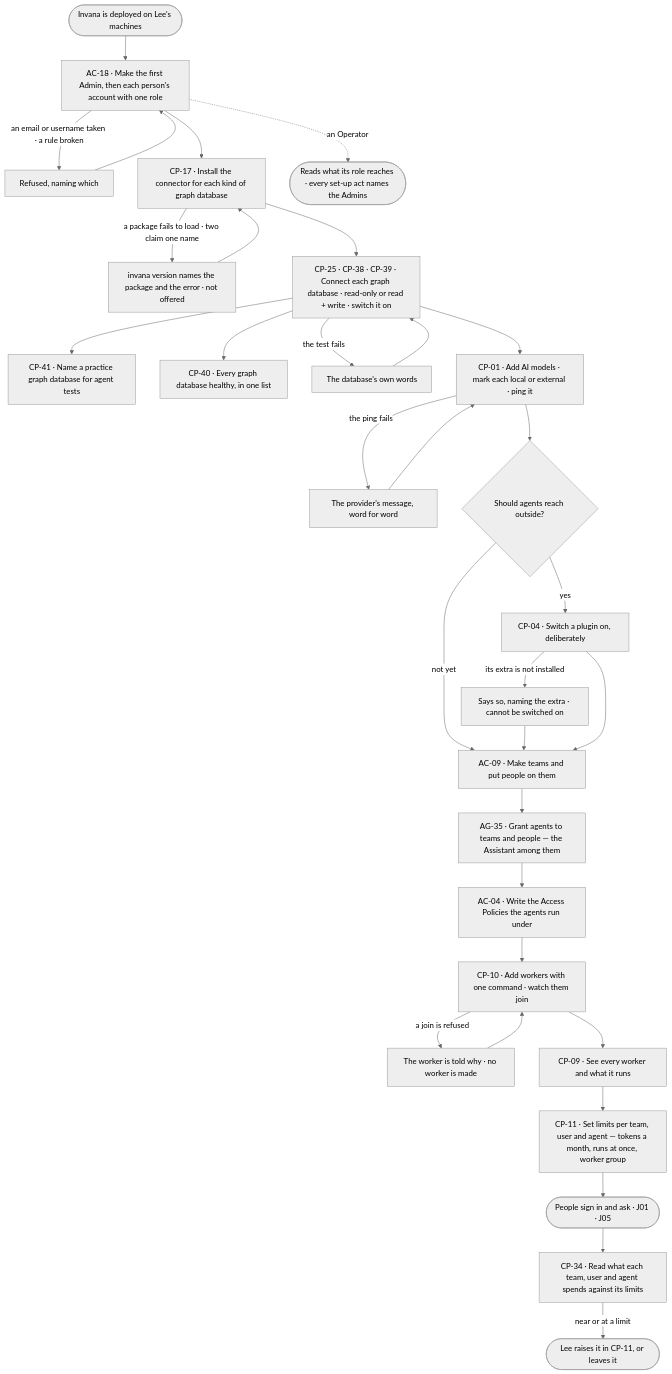
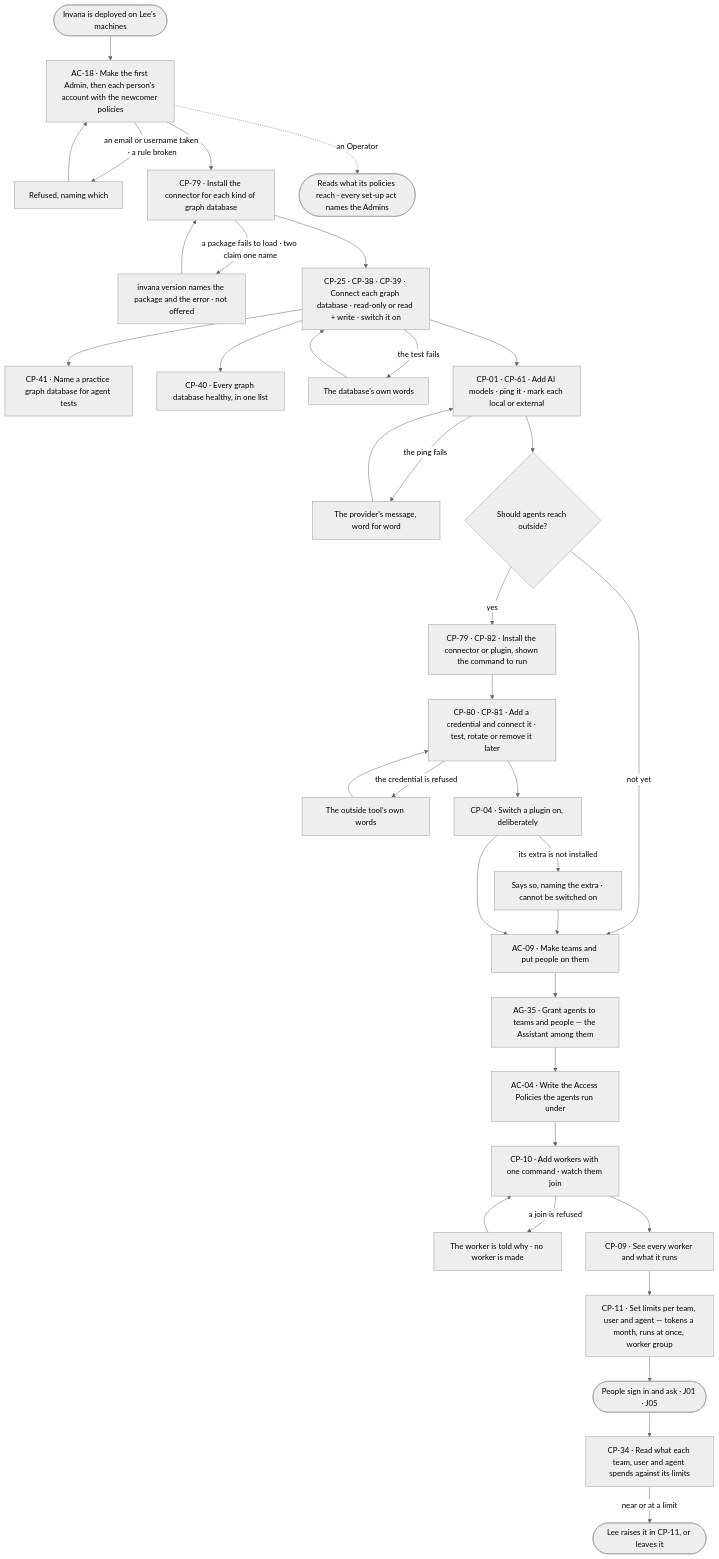
One commit to invana/invana changed the diagram in specs/journeys/J07-ready-a-deployment.md. Above: the diagram before and after it, drawn with Mermaid (neutral theme). The commit also changed other lines of this file and 456 other files, not shown here.

````diff
--- a/specs/journeys/J07-ready-a-deployment.md
+++ b/specs/journeys/J07-ready-a-deployment.md
@@ -17,28 +17,31 @@
 ```mermaid
 flowchart TD
-  A([Invana is deployed on Lee's machines]) --> B["AC-18 · Make the first Admin, then each person's account with one role"]
+  A([Invana is deployed on Lee's machines]) --> B["AC-18 · Make the first Admin, then each person's account with the newcomer policies"]
   B -->|an email or username taken · a rule broken| B1["Refused, naming which"] --> B
-  B --> C["CP-17 · Install the connector for each kind of graph database"]
+  B --> C["CP-79 · Install the connector for each kind of graph database"]
   C -->|a package fails to load · two claim one name| C1["invana version names the package and the error · not offered"] --> C
   C --> D["CP-25 · CP-38 · CP-39 · Connect each graph database · read-only or read + write · switch it on"]
   D --> D2["CP-41 · Name a practice graph database for agent tests"]
   D --> D3["CP-40 · Every graph database healthy, in one list"]
   D -->|the test fails| D1["The database's own words"] --> D
-  D --> E["CP-01 · Add AI models · mark each local or external · ping it"]
+  D --> E["CP-01 · CP-61 · Add AI models · ping it · mark each local or external"]
   E -->|the ping fails| E1["The provider's message, word for word"] --> E
   E --> F{"Should agents reach outside?"}
-  F -->|yes| F2["CP-04 · Switch a plugin on, deliberately"]
+  F -->|yes| F1["CP-79 · CP-82 · Install the connector or plugin, shown the command to run"]
   F -->|not yet| T
+  F1 --> F4["CP-80 · CP-81 · Add a credential and connect it · test, rotate or remove it later"]
+  F4 -->|the credential is refused| F5["The outside tool's own words"] --> F4
+  F4 --> F2["CP-04 · Switch a plugin on, deliberately"]
   F2 -->|its extra is not installed| F3["Says so, naming the extra · cannot be switched on"] --> T
   F2 --> T["AC-09 · Make teams and put people on them"]
   T --> G["AG-35 · Grant agents to teams and people — the Assistant among them"]
   G --> P["AC-04 · Write the Access Policies the agents run under"]
   P --> W["CP-10 · Add workers with one command · watch them join"]
   W -->|a join is refused| W1["The worker is told why · no worker is made"] --> W
   W --> H["CP-09 · See every worker and what it runs"]
   H --> I["CP-11 · Set limits per team, user and agent — tokens a month, runs at once, worker group"]
   I --> J(["People sign in and ask · J01 · J05"])
   J --> K["CP-34 · Read what each team, user and agent spends against its limits"]
   K -->|near or at a limit| L(["Lee raises it in CP-11, or leaves it"])
-  B -.->|an Operator| N(["Reads what its role reaches · every set-up act names the Admins"])
+  B -.->|an Operator| N(["Reads what its policies reach · every set-up act names the Admins"])
 ```
````
